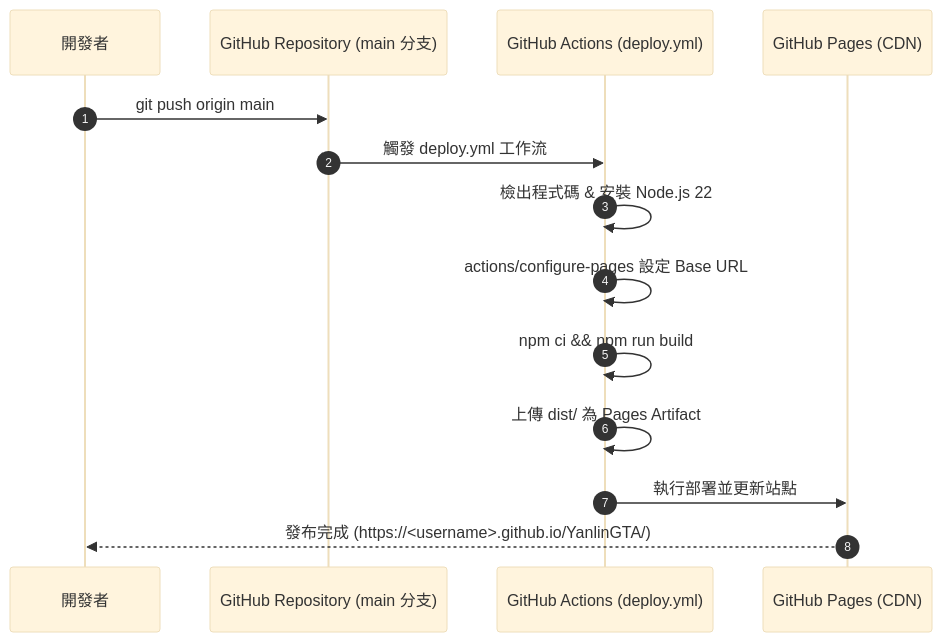
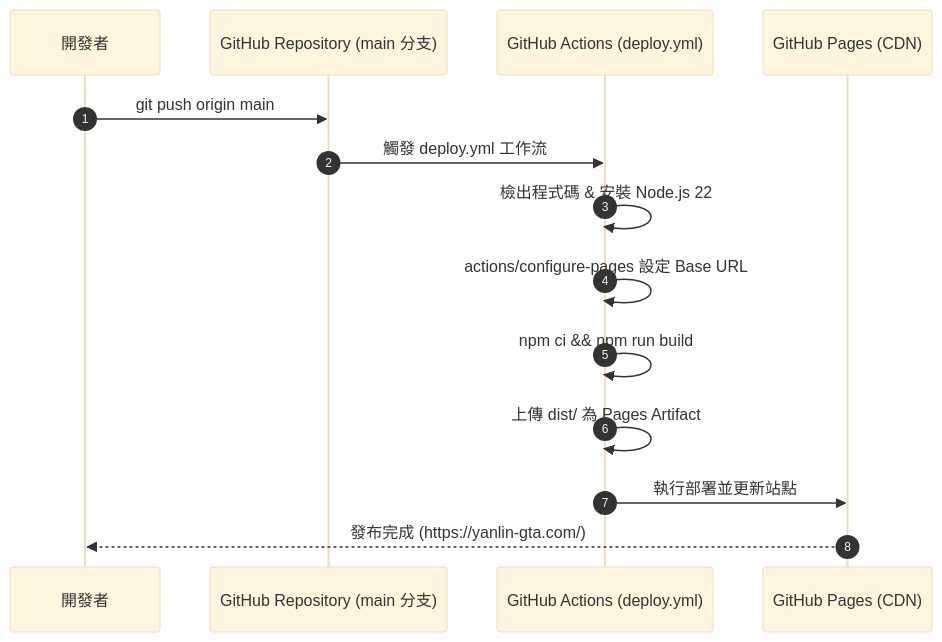
Before and after one commit to howardtuan/YanlinGTA: the first of 3 diagrams in docs/guide/deployment.md, drawn with Mermaid (base theme). The commit also changed other lines of this file, not shown here.

Commit message:
docs(deploy): 記錄自訂網域 yanlin-gta.com 的 GitHub Pages 與 Cloudflare DNS 設定

````diff
--- a/docs/guide/deployment.md
+++ b/docs/guide/deployment.md
@@ -24,17 +24,17 @@
 ```mermaid
 sequenceDiagram
     autonumber
     participant Dev as 開發者
     participant Repo as GitHub Repository (main 分支)
     participant GHA as GitHub Actions (deploy.yml)
     participant Pages as GitHub Pages (CDN)
 
     Dev->>Repo: git push origin main
     Repo->>GHA: 觸發 deploy.yml 工作流
     GHA->>GHA: 檢出程式碼 & 安裝 Node.js 22
     GHA->>GHA: actions/configure-pages 設定 Base URL
     GHA->>GHA: npm ci && npm run build
     GHA->>GHA: 上傳 dist/ 為 Pages Artifact
     GHA->>Pages: 執行部署並更新站點
-    Pages-->>Dev: 發布完成 (https://<username>.github.io/YanlinGTA/)
+    Pages-->>Dev: 發布完成 (https://yanlin-gta.com/)
 ```
````
